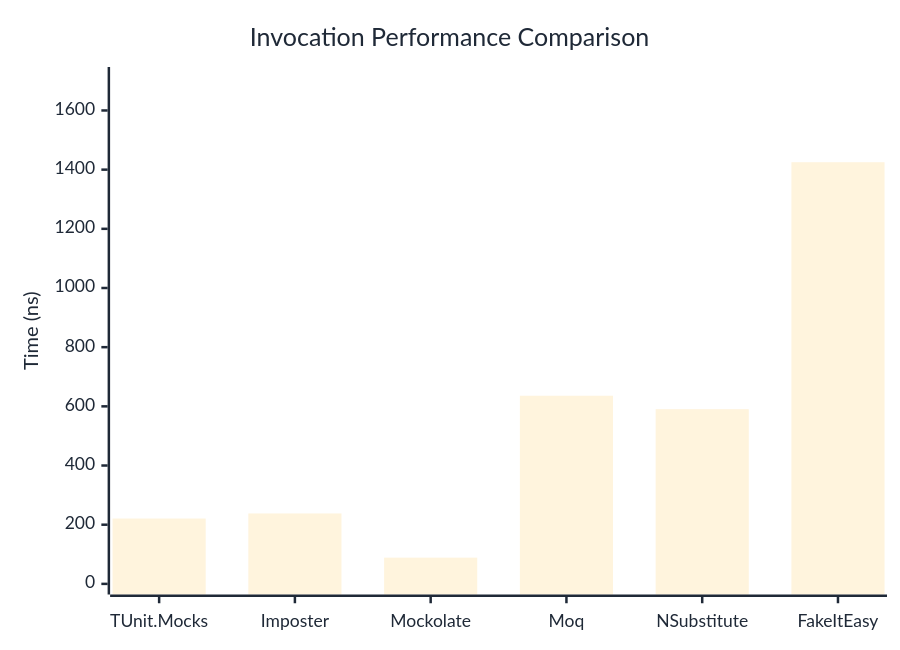
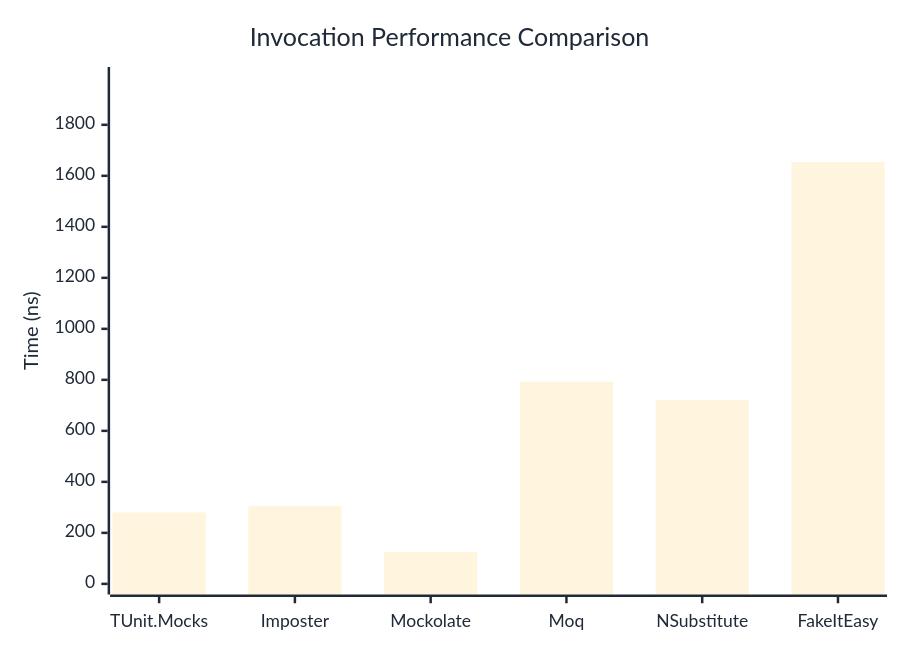
Before and after one commit to thomhurst/TUnit: the first of 3 diagrams in docs/docs/benchmarks/mocks/Invocation.md, drawn with Mermaid. The commit also changed other lines of this file and 14 other files, not shown here.

````diff
--- a/docs/docs/benchmarks/mocks/Invocation.md
+++ b/docs/docs/benchmarks/mocks/Invocation.md
@@ -30,27 +30,27 @@
 ```mermaid
 %%{init: {
   'theme':'base',
   'themeVariables': {
     'primaryColor': '#2563eb',
     'primaryTextColor': '#1f2937',
     'primaryBorderColor': '#1e40af',
     'lineColor': '#6b7280',
     'secondaryColor': '#7c3aed',
     'tertiaryColor': '#dc2626',
     'background': '#ffffff',
     'pie1': '#2563eb',
     'pie2': '#7c3aed',
     'pie3': '#dc2626',
     'pie4': '#f59e0b',
     'pie5': '#10b981',
     'pie6': '#06b6d4',
     'pie7': '#ec4899',
     'pie8': '#6366f1'
   }
 }}%%
 xychart-beta
   title "Invocation Performance Comparison"
   x-axis ["TUnit.Mocks", "Imposter", "Mockolate", "Moq", "NSubstitute", "FakeItEasy"]
-  y-axis "Time (ns)" 0 --> 1711
-  bar [220.83, 237.99, 88.62, 635.91, 590.47, 1425.06]
+  y-axis "Time (ns)" 0 --> 1985
+  bar [280.23, 305.69, 125.16, 792.49, 720.44, 1654.13]
 ```
````
